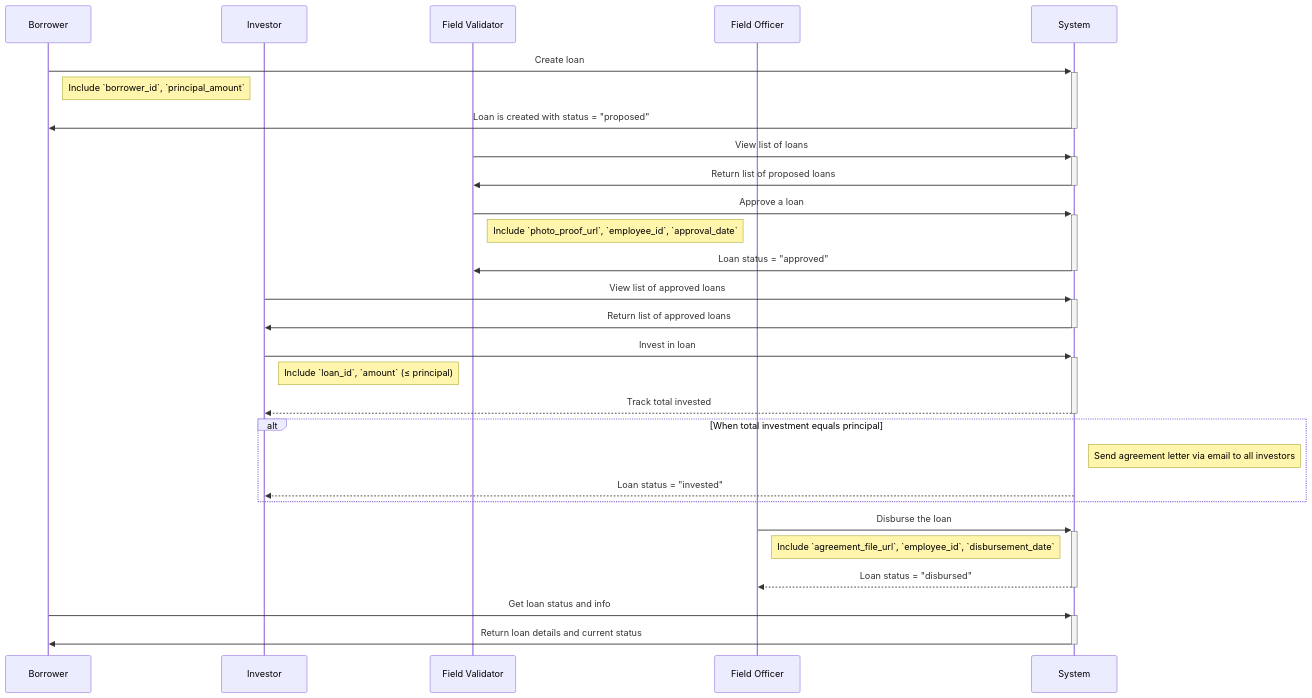
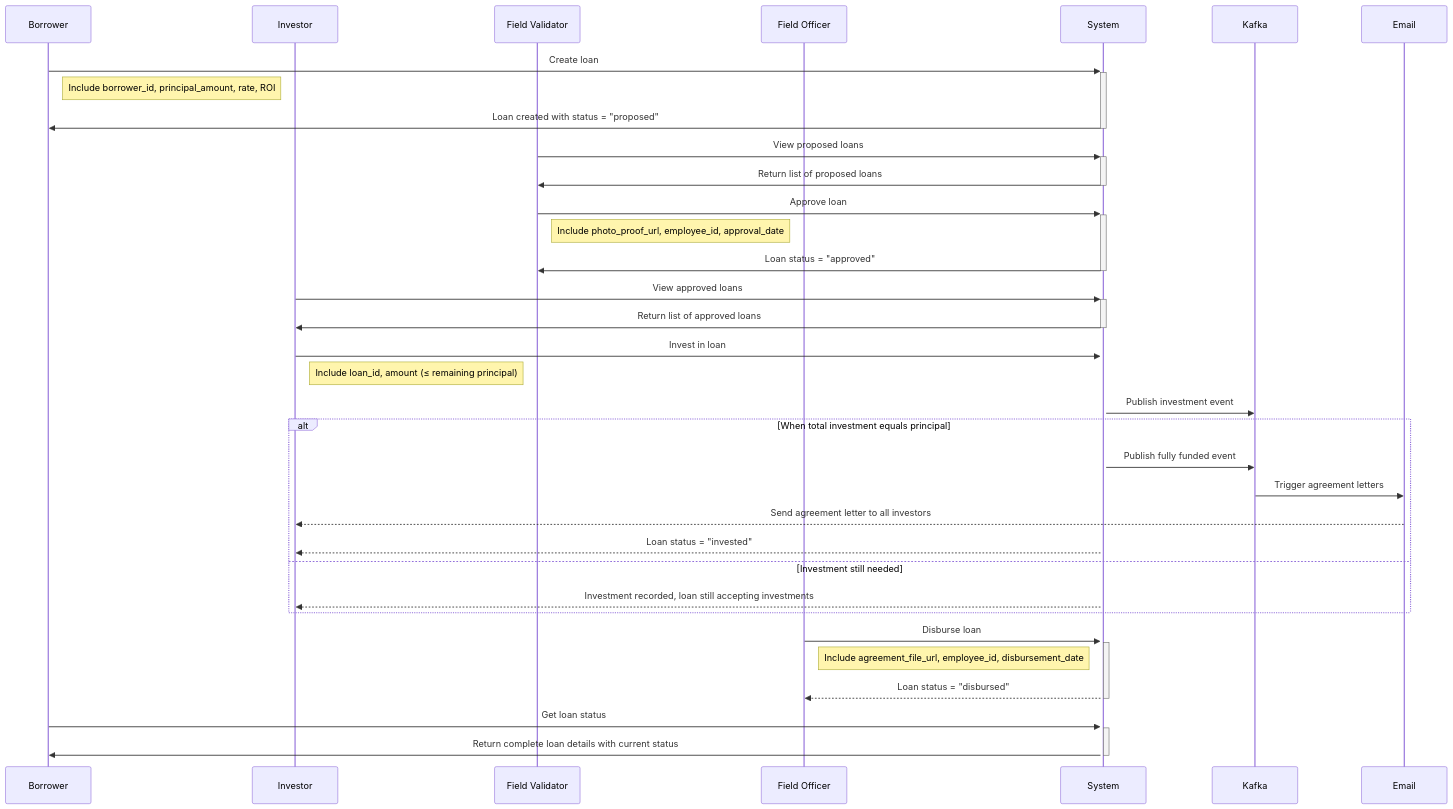
The diagram in README.md (sigitisme/amf-loan-service), drawn with Mermaid before and after one commit. The commit also changed other lines of this file and 33 other files, not shown here.

````diff
--- a/README.md
+++ b/README.md
@@ -3,38 +390,44 @@
 ```mermaid
 sequenceDiagram
     participant Borrower
     participant Investor
     participant Validator as Field Validator
     participant Officer as Field Officer
     participant System
+    participant Kafka
+    participant Email
 
     Borrower->>+System: Create loan
-    Note right of Borrower: Include `borrower_id`, `principal_amount`
-    System->>-Borrower: Loan is created with status = "proposed"
+    Note right of Borrower: Include borrower_id, principal_amount, rate, ROI
+    System->>-Borrower: Loan created with status = "proposed"
 
-    Validator->>+System: View list of loans
+    Validator->>+System: View proposed loans
     System->>-Validator: Return list of proposed loans
 
-    Validator->>+System: Approve a loan
-    Note right of Validator: Include `photo_proof_url`, `employee_id`, `approval_date`
+    Validator->>+System: Approve loan
+    Note right of Validator: Include photo_proof_url, employee_id, approval_date
     System->>-Validator: Loan status = "approved"
 
-    Investor->>+System: View list of approved loans
+    Investor->>+System: View approved loans
     System->>-Investor: Return list of approved loans
 
     Investor->>+System: Invest in loan
-    Note right of Investor: Include `loan_id`, `amount` (≤ principal)
-    System-->>-Investor: Track total invested
+    Note right of Investor: Include loan_id, amount (≤ remaining principal)
+    System->>Kafka: Publish investment event
 
     alt When total investment equals principal
-        Note right of System: Send agreement letter via email to all investors
+        System->>Kafka: Publish fully funded event
+        Kafka->>Email: Trigger agreement letters
+        Email-->>Investor: Send agreement letter to all investors
         System-->>Investor: Loan status = "invested"
+    else Investment still needed
+        System-->>Investor: Investment recorded, loan still accepting investments
     end
 
-    Officer->>+System: Disburse the loan
-    Note right of Officer: Include `agreement_file_url`, `employee_id`, `disbursement_date`
+    Officer->>+System: Disburse loan
+    Note right of Officer: Include agreement_file_url, employee_id, disbursement_date
     System-->>-Officer: Loan status = "disbursed"
 
-    Borrower->>+System: Get loan status and info
-    System->>-Borrower: Return loan details and current status
+    Borrower->>+System: Get loan status
+    System->>-Borrower: Return complete loan details with current status
 ```
````
